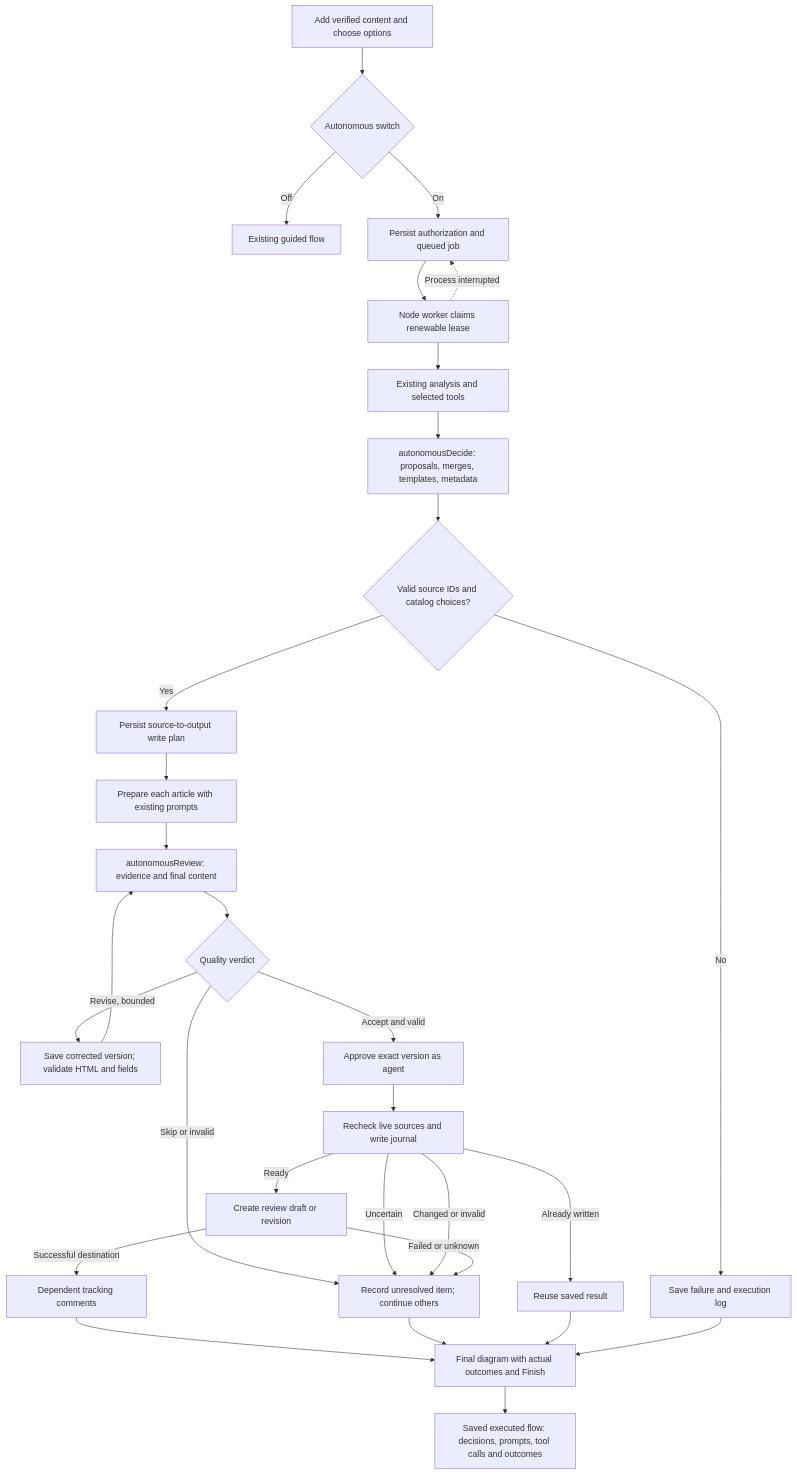
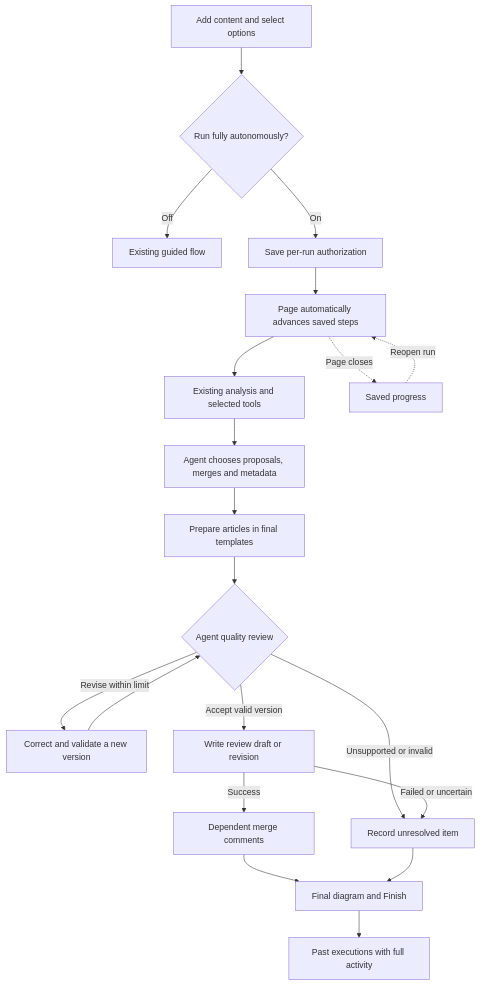
One commit to ffernandesupland/knoledge-studio changed the diagram in docs/autonomous-pipeline.md. Above: the diagram before and after it, drawn with Mermaid. The commit also changed other lines of this file and 19 other files, not shown here.

Commit message:
Run autonomous mode from the per-run switch without worker setup

````diff
--- a/docs/autonomous-pipeline.md
+++ b/docs/autonomous-pipeline.md
@@ -51,32 +35,22 @@
 ```mermaid
 flowchart TD
-  Start[Add verified content and choose options] --> Mode{Autonomous switch}
+  Start[Add content and select options] --> Mode{Run fully autonomously?}
   Mode -->|Off| Guided[Existing guided flow]
-  Mode -->|On| Queue[Persist authorization and queued job]
-  Queue --> Worker[Node worker claims renewable lease]
-  Worker --> Analysis[Existing analysis and selected tools]
-  Analysis --> Decisions[autonomousDecide: proposals, merges, templates, metadata]
-  Decisions --> Validate{Valid source IDs and catalog choices?}
-  Validate -->|No| Failed[Save failure and execution log]
-  Validate -->|Yes| Plan[Persist source-to-output write plan]
-  Plan --> Prepare[Prepare each article with existing prompts]
-  Prepare --> Review[autonomousReview: evidence and final content]
-  Review --> Decision{Quality verdict}
-  Decision -->|Revise, bounded| Correct[Save corrected version; validate HTML and fields]
+  Mode -->|On| Save[Save per-run authorization]
+  Save --> App[Page automatically advances saved steps]
+  App --> Analyze[Existing analysis and selected tools]
+  Analyze --> Plan[Agent chooses proposals, merges and metadata]
+  Plan --> Prepare[Prepare articles in final templates]
+  Prepare --> Review{Agent quality review}
+  Review -->|Revise within limit| Correct[Correct and validate a new version]
   Correct --> Review
-  Decision -->|Skip or invalid| Partial[Record unresolved item; continue others]
-  Decision -->|Accept and valid| Approval[Approve exact version as agent]
-  Approval --> Check[Recheck live sources and write journal]
-  Check -->|Already written| Saved[Reuse saved result]
-  Check -->|Uncertain| Partial
-  Check -->|Changed or invalid| Partial
-  Check -->|Ready| Write[Create review draft or revision]
-  Write -->|Successful destination| Comments[Dependent tracking comments]
-  Write -->|Failed or unknown| Partial
-  Comments --> Result[Final diagram with actual outcomes and Finish]
+  Review -->|Unsupported or invalid| Partial[Record unresolved item]
+  Review -->|Accept valid version| Write[Write review draft or revision]
+  Write -->|Success| Comments[Dependent merge comments]
+  Write -->|Failed or uncertain| Partial
+  Comments --> Result[Final diagram and Finish]
   Partial --> Result
-  Saved --> Result
-  Failed --> Result
-  Result --> History[Saved executed flow: decisions, prompts, tool calls and outcomes]
-  Worker -. Process interrupted .-> Queue
+  Result --> History[Past executions with full activity]
+  App -. Page closes .-> Pause[Saved progress]
+  Pause -. Reopen run .-> App
 ```
````
